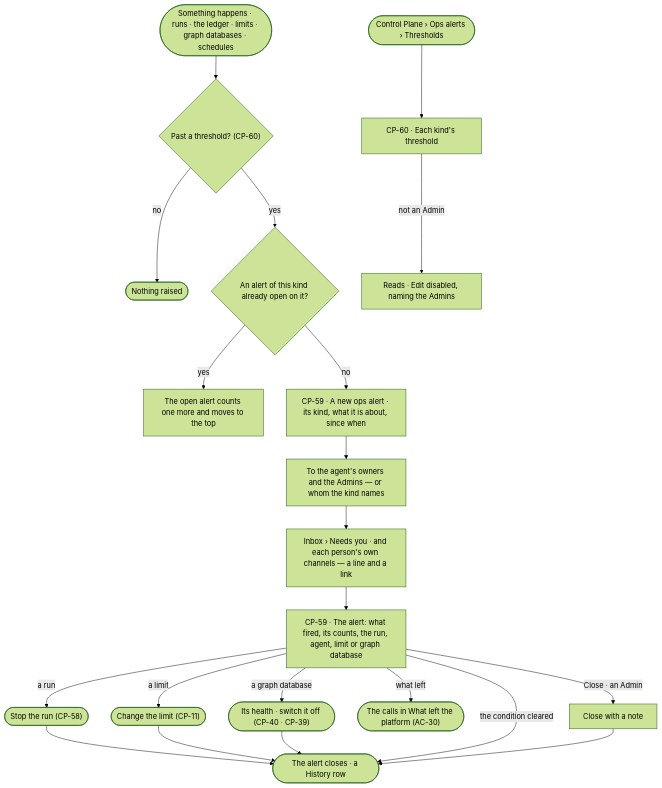
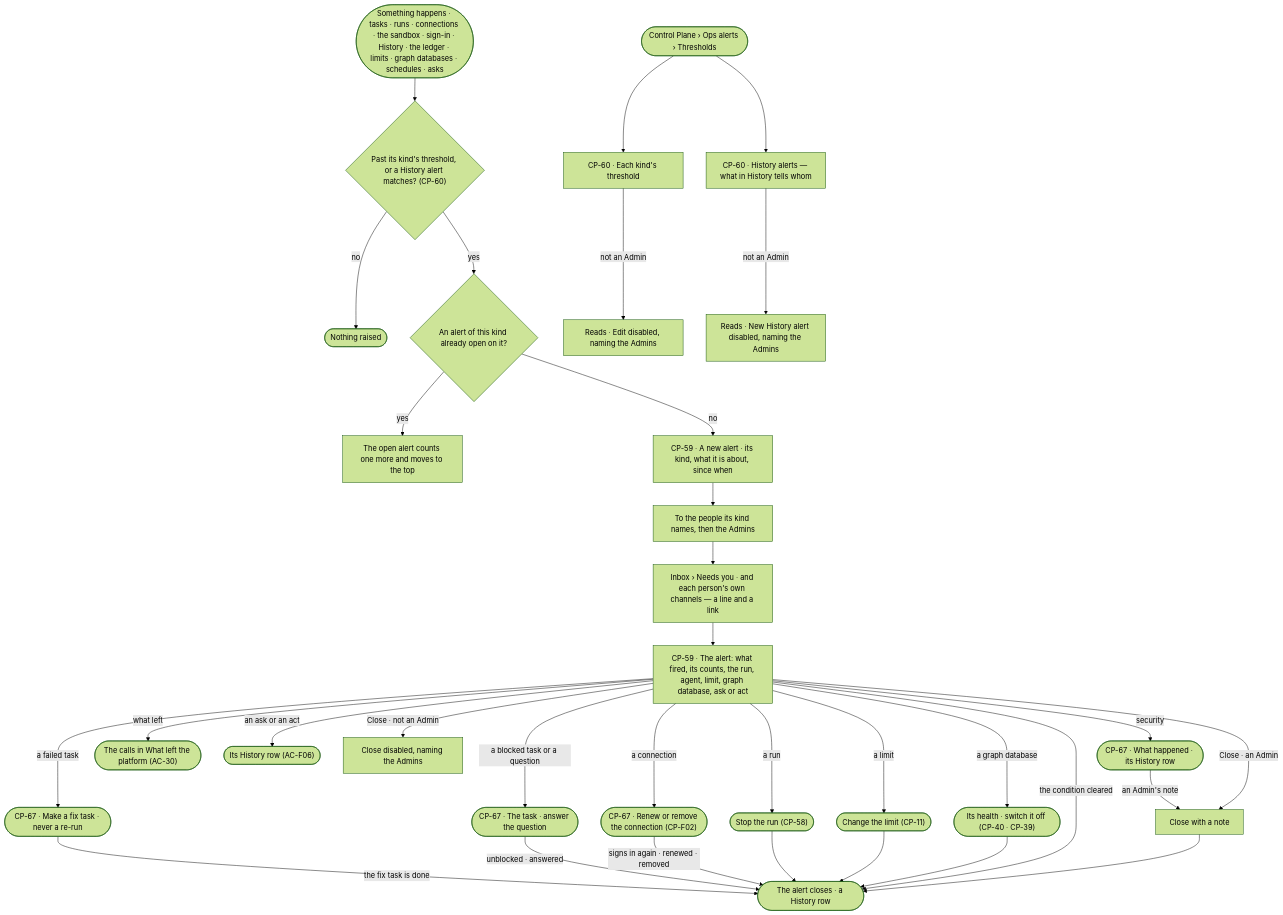
The first of 2 diagrams in specs/os/control/features/CP-F11-ops-alerting/feature.md (invana/invana), drawn with Mermaid (forest theme) before and after one commit. The commit also changed other lines of this file and 300 other files, not shown here.

````diff
--- a/specs/os/control/features/CP-F11-ops-alerting/feature.md
+++ b/specs/os/control/features/CP-F11-ops-alerting/feature.md
@@ -26,22 +29,34 @@
 ```mermaid
 flowchart TD
-  sig([Something happens · runs · the ledger · limits · graph databases · schedules]) --> m{"Past a threshold? (CP-60)"}
+  sig([Something happens · tasks · runs · connections · the sandbox · sign-in · History · the ledger · limits · graph databases · schedules · asks]) --> m{"Past its kind's threshold, or a History alert matches? (CP-60)"}
   m -->|no| q(["Nothing raised"])
   m -->|yes| open{"An alert of this kind already open on it?"}
   open -->|yes| inc["The open alert counts one more and moves to the top"]
-  open -->|no| a["CP-59 · A new ops alert · its kind, what it is about, since when"]
-  a --> rc["To the agent's owners and the Admins — or whom the kind names"]
+  open -->|no| a["CP-59 · A new alert · its kind, what it is about, since when"]
+  a --> rc["To the people its kind names, then the Admins"]
   rc --> ib["Inbox › Needs you · and each person's own channels — a line and a link"]
-  ib --> view["CP-59 · The alert: what fired, its counts, the run, agent, limit or graph database"]
+  ib --> view["CP-59 · The alert: what fired, its counts, the run, agent, limit, graph database, ask or act"]
   view -->|a run| stop(["Stop the run (CP-58)"])
+  view -->|a failed task| fix(["CP-67 · Make a fix task · never a re-run"])
+  view -->|a blocked task or a question| tk(["CP-67 · The task · answer the question"])
+  view -->|a connection| cn(["CP-67 · Renew or remove the connection (CP-F02)"])
+  view -->|security| sec(["CP-67 · What happened · its History row"])
+  fix -->|the fix task is done| cl
+  tk -->|unblocked · answered| cl
+  cn -->|signs in again · renewed · removed| cl
+  sec -->|an Admin's note| note
   view -->|a limit| lim(["Change the limit (CP-11)"])
   view -->|a graph database| gd(["Its health · switch it off (CP-40 · CP-39)"])
   view -->|what left| led(["The calls in What left the platform (AC-30)"])
+  view -->|an ask or an act| hist(["Its History row (AC-F06)"])
   stop --> cl(["The alert closes · a History row"])
   lim --> cl
   gd --> cl
   view -->|the condition cleared| cl
   view -->|Close · an Admin| note["Close with a note"] --> cl
+  view -->|Close · not an Admin| nc["Close disabled, naming the Admins"]
   set([Control Plane › Ops alerts › Thresholds]) --> t["CP-60 · Each kind's threshold"]
   t -->|not an Admin| ro["Reads · Edit disabled, naming the Admins"]
+  set --> ha["CP-60 · History alerts — what in History tells whom"]
+  ha -->|not an Admin| hro["Reads · New History alert disabled, naming the Admins"]
 ```
````
